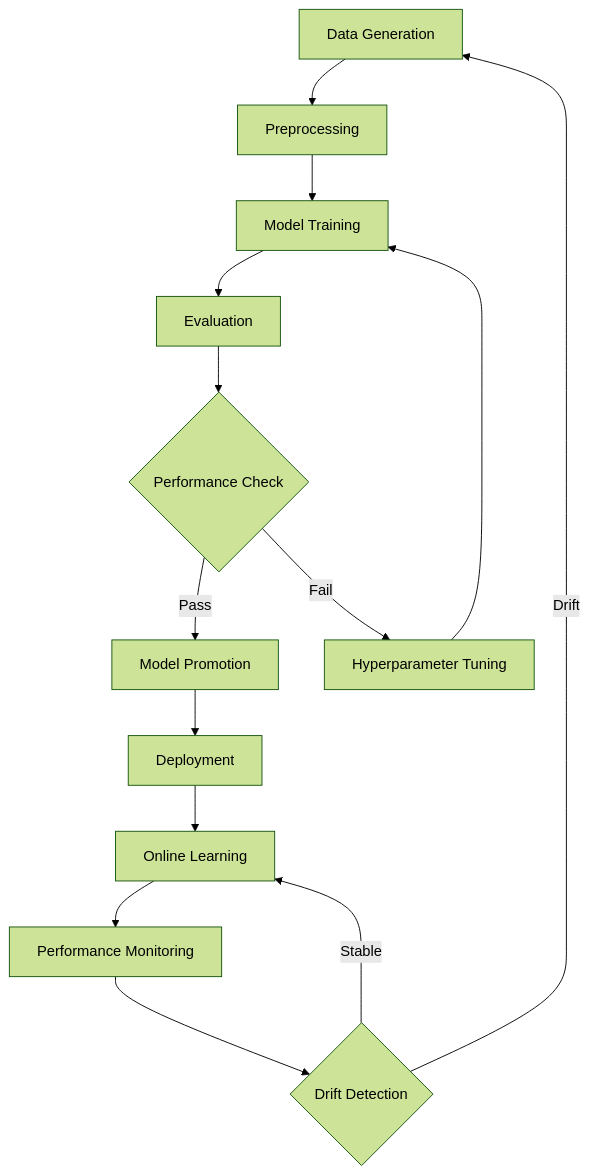
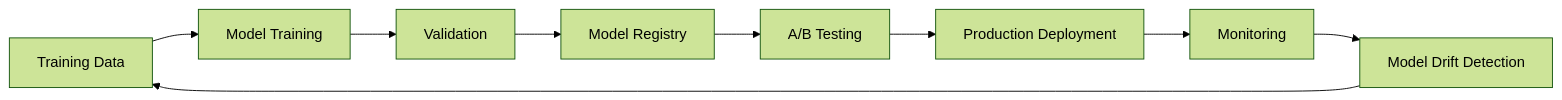
Before and after one commit to drussell23/Connect-Four-AI: the second of 2 diagrams in README.md, drawn with Mermaid (forest theme). The commit also changed other lines of this file, not shown here.

````diff
--- a/README.md
+++ b/README.md
@@ -537,16 +292,11 @@
 ```mermaid
-graph TD
-    A[Data Generation] --> B[Preprocessing]
-    B --> C[Model Training]
-    C --> D[Evaluation]
-    D --> E{Performance Check}
-    E -->|Pass| F[Model Promotion]
-    E -->|Fail| G[Hyperparameter Tuning]
-    G --> C
-    F --> H[Deployment]
-    H --> I[Online Learning]
-    I --> J[Performance Monitoring]
-    J --> K{Drift Detection}
-    K -->|Drift| A
-    K -->|Stable| I
+graph LR
+    A[Training Data] --> B[Model Training]
+    B --> C[Validation]
+    C --> D[Model Registry]
+    D --> E[A/B Testing]
+    E --> F[Production Deployment]
+    F --> G[Monitoring]
+    G --> H[Model Drift Detection]
+    H --> A
 ```
````
